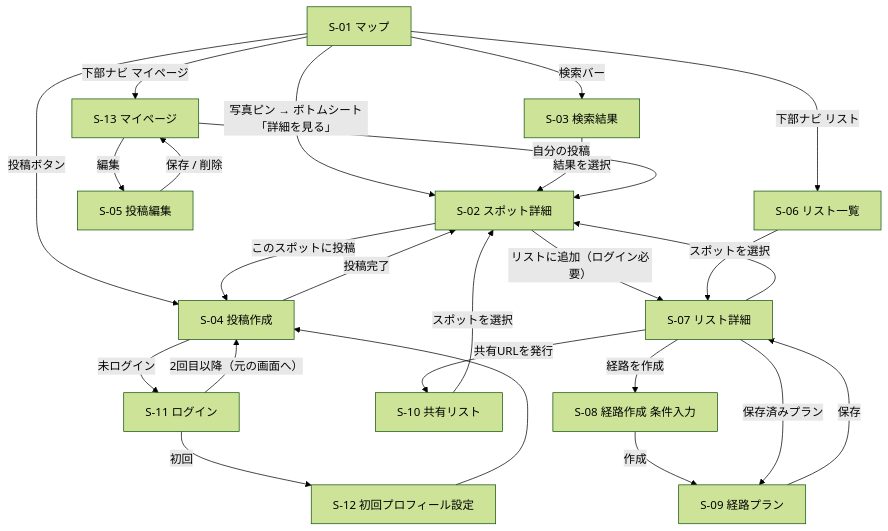
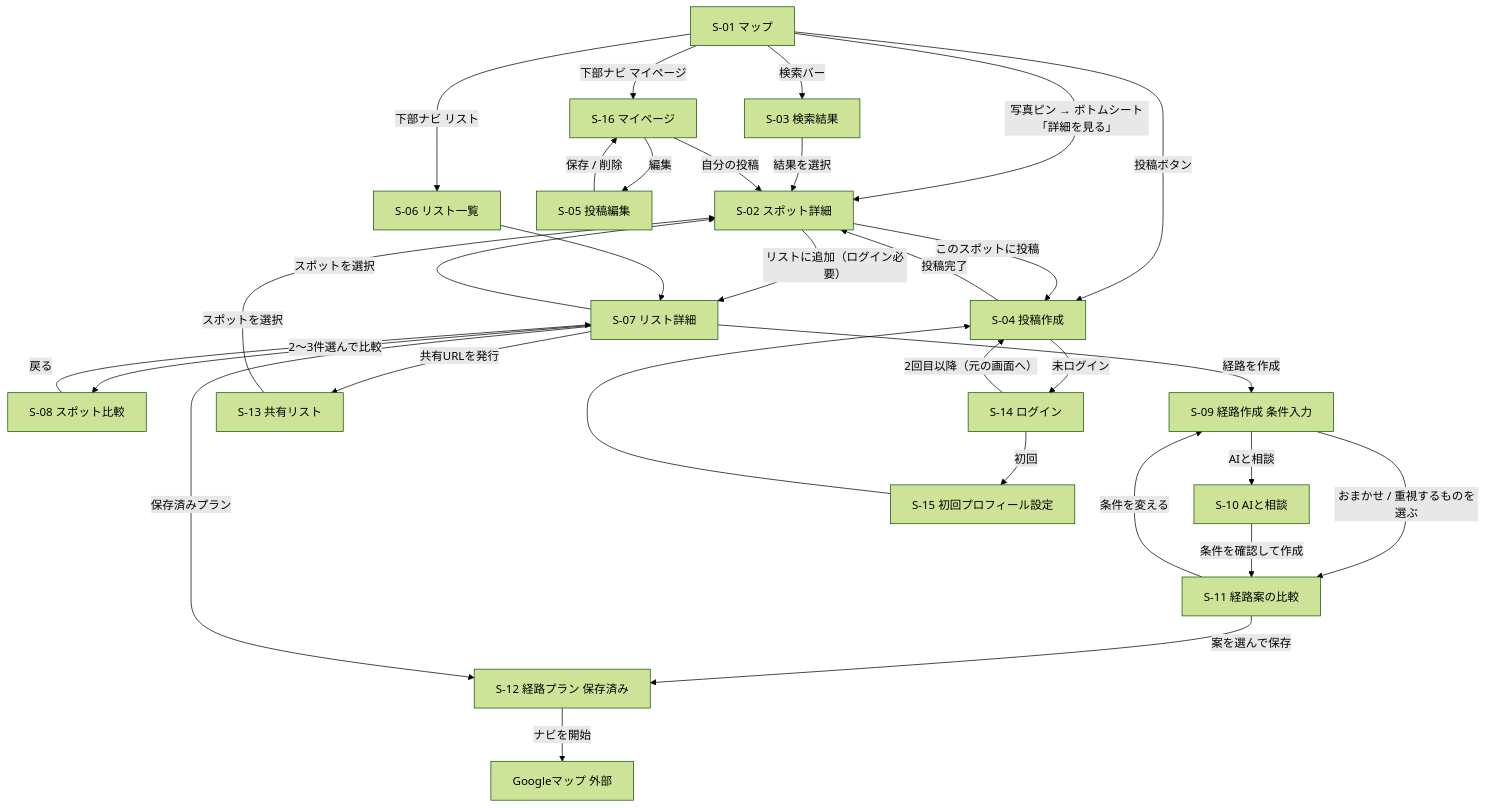
One commit to kotakota914/dokoiku changed the second of 4 diagrams in docs/要件定義書.md. Above: the diagram before and after it, drawn with Mermaid (forest theme). The commit also changed other lines of this file and 141 other files, not shown here.

First line of the commit message:
要件定義書 v0.3 に合わせて経路作成・リスト・地図を更新する

````diff
--- a/docs/要件定義書.md
+++ b/docs/要件定義書.md
@@ -332,41 +638,51 @@
 ```mermaid
 flowchart TD
   S01[S-01 マップ]
   S02[S-02 スポット詳細]
   S03[S-03 検索結果]
   S04[S-04 投稿作成]
   S05[S-05 投稿編集]
   S06[S-06 リスト一覧]
   S07[S-07 リスト詳細]
-  S08[S-08 経路作成 条件入力]
-  S09[S-09 経路プラン]
-  S10[S-10 共有リスト]
-  S11[S-11 ログイン]
-  S12[S-12 初回プロフィール設定]
-  S13[S-13 マイページ]
+  S08[S-08 スポット比較]
+  S09[S-09 経路作成 条件入力]
+  S10[S-10 AIと相談]
+  S11[S-11 経路案の比較]
+  S12[S-12 経路プラン 保存済み]
+  S13[S-13 共有リスト]
+  S14[S-14 ログイン]
+  S15[S-15 初回プロフィール設定]
+  S16[S-16 マイページ]
+  GM[Googleマップ 外部]
 
   S01 -- 写真ピン → ボトムシート「詳細を見る」 --> S02
   S01 -- 検索バー --> S03
   S03 -- 結果を選択 --> S02
   S01 -- 投稿ボタン --> S04
   S02 -- このスポットに投稿 --> S04
-  S04 -- 未ログイン --> S11
-  S11 -- 初回 --> S12
-  S11 -- 2回目以降（元の画面へ） --> S04
-  S12 --> S04
+  S04 -- 未ログイン --> S14
+  S14 -- 初回 --> S15
+  S14 -- 2回目以降（元の画面へ） --> S04
+  S15 --> S04
   S04 -- 投稿完了 --> S02
   S02 -- リストに追加（ログイン必要） --> S07
   S01 -- 下部ナビ リスト --> S06
   S06 --> S07
   S07 -- スポットを選択 --> S02
-  S07 -- 経路を作成 --> S08
-  S08 -- 作成 --> S09
-  S09 -- 保存 --> S07
-  S07 -- 保存済みプラン --> S09
-  S07 -- 共有URLを発行 --> S10
-  S10 -- スポットを選択 --> S02
-  S01 -- 下部ナビ マイページ --> S13
-  S13 -- 自分の投稿 --> S02
-  S13 -- 編集 --> S05
-  S05 -- 保存 / 削除 --> S13
+  S07 -- 2〜3件選んで比較 --> S08
+  S08 -- 戻る --> S07
+  S07 -- 経路を作成 --> S09
+  S09 -- おまかせ / 重視するものを選ぶ --> S11
+  S09 -- AIと相談 --> S10
+  S10 -- 条件を確認して作成 --> S11
+  S11 -- 条件を変える --> S09
+  S11 -- 案を選んで保存 --> S12
+  S07 -- 保存済みプラン --> S12
+  S12 -- ナビを開始 --> GM
+  S07 -- 共有URLを発行 --> S13
+  S13 -- スポットを選択 --> S02
+  S01 -- 下部ナビ マイページ --> S16
+  S16 -- 自分の投稿 --> S02
+  S16 -- 編集 --> S05
+  S05 -- 保存 / 削除 --> S16
 ```
````
